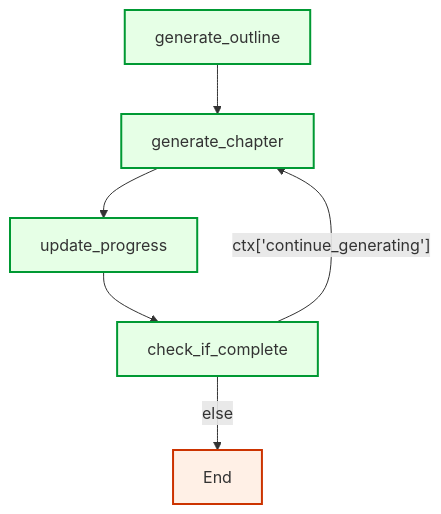
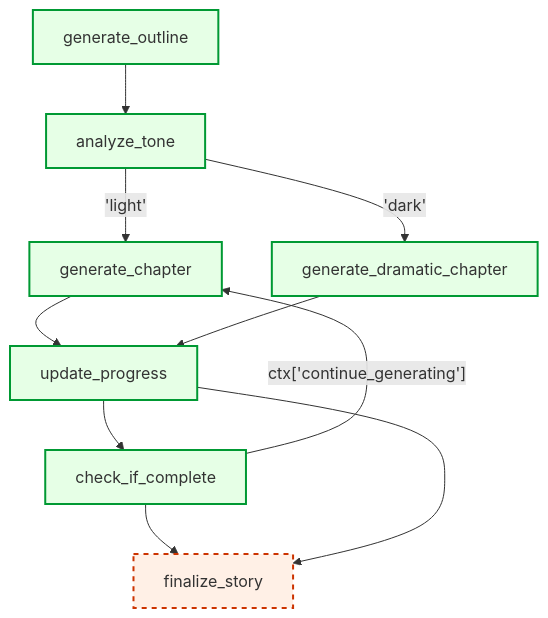
Before and after one commit to quantalogic/quantalogic: the second of 6 diagrams in quantalogic/flow/flow_yaml.md, drawn with Mermaid. The commit also changed other lines of this file and 10 other files, not shown here.

Commit message:
udpate flow language

````diff
--- a/quantalogic/flow/flow_yaml.md
+++ b/quantalogic/flow/flow_yaml.md
@@ -207,13 +252,19 @@
 ```mermaid
 graph TD
-    A[generate_outline] --> B[generate_chapter]
-    B --> C[update_progress]
-    C --> D[check_if_complete]
-    D -->|"ctx['continue_generating']"| B
-    D -->|else| E[End]
+    A[generate_outline] --> B[analyze_tone]
+    B -->|"'light'"| C[generate_chapter]
+    B -->|"'dark'"| D[generate_dramatic_chapter]
+    C --> E[update_progress]
+    D --> E
+    E --> F[check_if_complete]
+    F -->|"ctx['continue_generating']"| C
+    F --> G[finalize_story]
+    E --> G
     style A fill:#e6ffe6,stroke:#009933,stroke-width:2px
     style B fill:#e6ffe6,stroke:#009933,stroke-width:2px
     style C fill:#e6ffe6,stroke:#009933,stroke-width:2px
     style D fill:#e6ffe6,stroke:#009933,stroke-width:2px
-    style E fill:#fff0e6,stroke:#cc3300,stroke-width:2px
+    style E fill:#e6ffe6,stroke:#009933,stroke-width:2px
+    style F fill:#e6ffe6,stroke:#009933,stroke-width:2px
+    style G fill:#fff0e6,stroke:#cc3300,stroke-width:2px,stroke-dasharray:5
 ```
````
